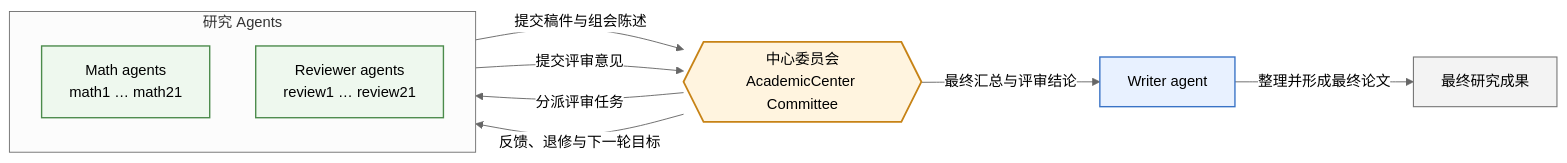
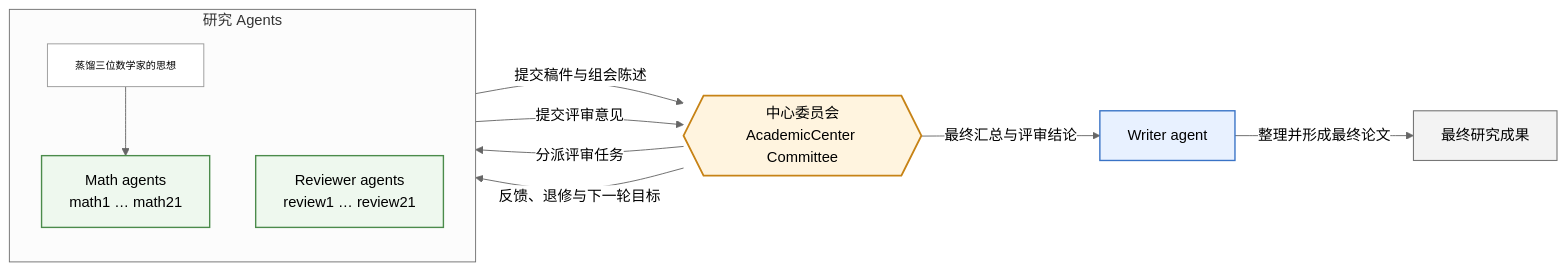
Before and after one commit to pillow0705/26springFu_research: the diagram in 03/slide.md, drawn with Mermaid (neutral theme).

Commit message:
Annotate distilled mathematician ideas

````diff
--- a/03/slide.md
+++ b/03/slide.md
@@ -44,28 +44,31 @@
 ```mermaid
 flowchart LR
     subgraph AGENTS[研究 Agents]
         direction TB
+        D[蒸馏三位数学家的思想] --> M
         M[Math agents<br/>math1 … math21]
         R[Reviewer agents<br/>review1 … review21]
     end
 
     C{{中心委员会<br/>AcademicCenter Committee}}
     W[Writer agent]
     O[最终研究成果]
 
     M -->|提交稿件与组会陈述| C
     C -->|分派评审任务| R
     R -->|提交评审意见| C
     C -->|反馈、退修与下一轮目标| M
     C -->|最终汇总与评审结论| W
     W -->|整理并形成最终论文| O
 
     classDef agent fill:#eef8ee,stroke:#4b8b4b,stroke-width:1.5px;
     classDef committee fill:#fff4df,stroke:#c78316,stroke-width:2px;
     classDef writer fill:#e8f1ff,stroke:#3973c6,stroke-width:1.5px;
     classDef output fill:#f3f3f3,stroke:#777,stroke-width:1.2px;
+    classDef note fill:#ffffff,stroke:#999,stroke-width:1px,font-size:11px;
     class M,R agent;
     class C committee;
     class W writer;
     class O output;
+    class D note;
 ```
````
